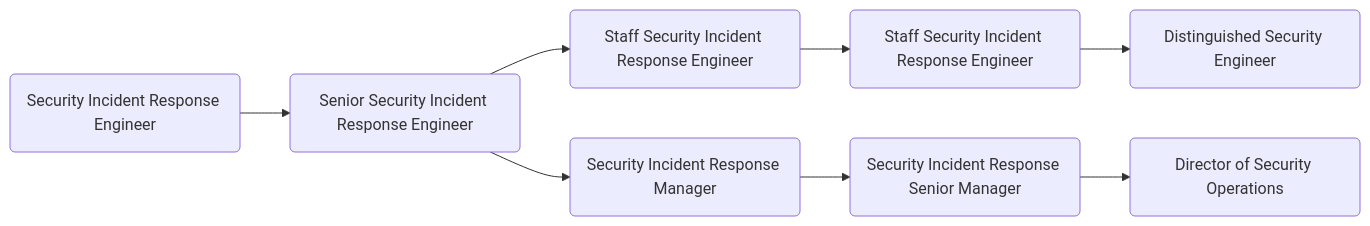
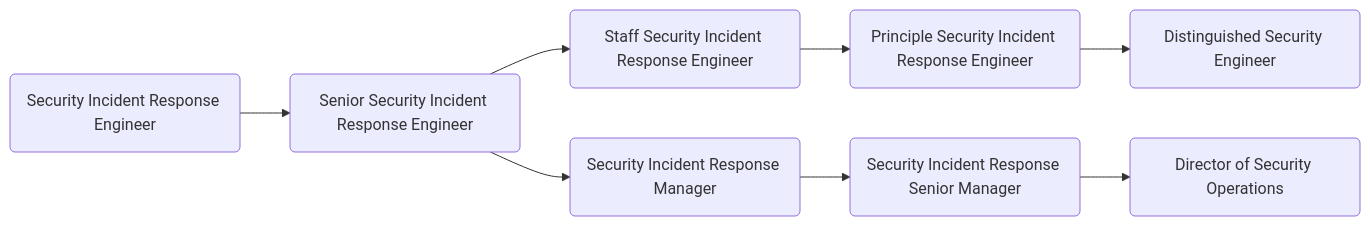
One commit to zalyoung/gitlab-handbook changed the diagram in content/job-families/security/security-incident-response-team.md. Above: the diagram before and after it, drawn with Mermaid.

````diff
--- a/content/job-families/security/security-incident-response-team.md
+++ b/content/job-families/security/security-incident-response-team.md
@@ -203,10 +203,10 @@
 ```mermaid
   graph LR;
   sec:se(Security Incident Response Engineer)-->sec:sse(Senior Security Incident Response Engineer);
   sec:sse(Senior Security Incident Response Engineer)-->sec:stse(Staff Security Incident Response Engineer);
   sec:stse(Staff Security Incident Response Engineer)-->sec:pse(Principle Security Engineer, Security Operations);
-  sec:pse(Staff Security Incident Response Engineer)-->sec:dse(Distinguished Security Engineer);
+  sec:pse(Principle Security Incident Response Engineer)-->sec:dse(Distinguished Security Engineer);
   sec:sse(Senior Security Incident Response Engineer)-->sec:sem(Security Incident Response Manager);
   sec:sem(Security Incident Response Manager)-->sec:sesm(Security Incident Response Senior Manager);
   sec:sesm(Security Incident Response Senior Manager)-->sec:ds(Director of Security Operations);
 ```
````
